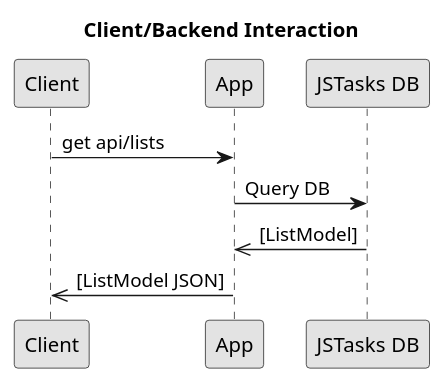
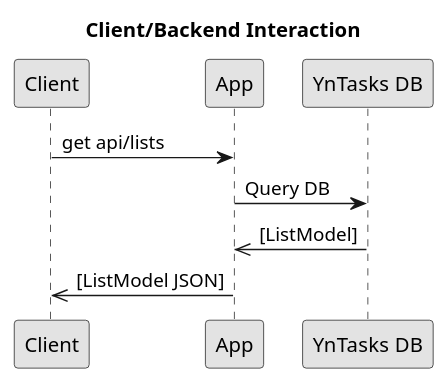
The second of 2 diagrams in README.md (notlus/YnTasks), drawn with PlantUML before and after one commit. The commit also changed other lines of this file and 33 other files, not shown here.

````diff
--- a/README.md
+++ b/README.md
@@ -29,10 +29,10 @@
 ```puml
 @startuml Sequence
 skinparam monochrome true
 title <b>Client/Backend Interaction
 Client -> App: get api/lists
-App -> "JSTasks DB": Query DB
-"JSTasks DB" ->> App: [ListModel]
+App -> "YnTasks DB": Query DB
+"YnTasks DB" ->> App: [ListModel]
 App ->> Client: [ListModel JSON]
 @enduml
 ```
````
